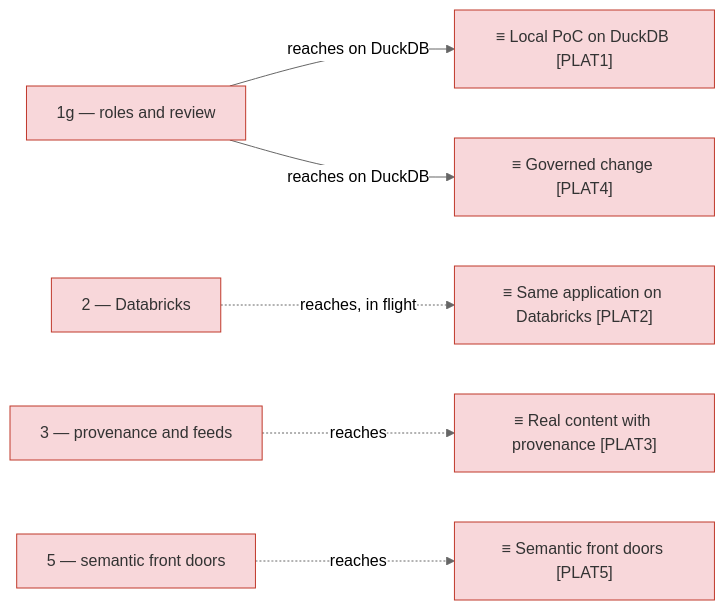
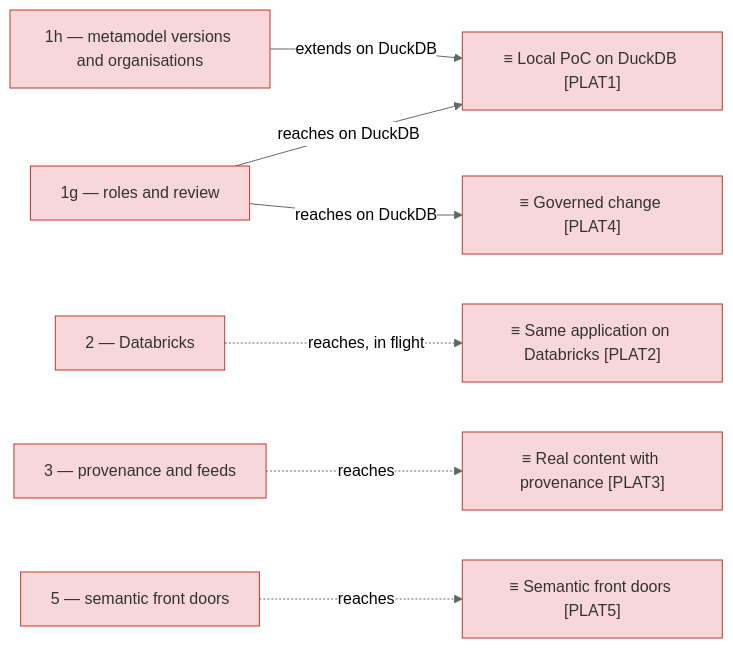
One commit to roanboc/dbx-enterprise-architecture changed the third of 3 diagrams in architecture/6_transition/2_sequence.md. Above: the diagram before and after it, drawn with Mermaid (neutral theme). The commit also changed other lines of this file and 91 other files, not shown here.

First line of the commit message:
feat: metamodel versions and organisations (initiative 15)

````diff
--- a/architecture/6_transition/2_sequence.md
+++ b/architecture/6_transition/2_sequence.md
@@ -50,19 +51,21 @@
 ```mermaid
 flowchart LR
   s1g["1g — roles and review"]:::implementation
+  s1h["1h — metamodel versions and organisations"]:::implementation
   s2["2 — Databricks"]:::implementation
   s3["3 — provenance and feeds"]:::implementation
   s5["5 — semantic front doors"]:::implementation
   p1["≡ Local PoC on DuckDB [PLAT1]"]:::implementation
   p2["≡ Same application on Databricks [PLAT2]"]:::implementation
   p3["≡ Real content with provenance [PLAT3]"]:::implementation
   p4["≡ Governed change [PLAT4]"]:::implementation
   p5["≡ Semantic front doors [PLAT5]"]:::implementation
   s1g -->|reaches on DuckDB| p1
   s1g -->|reaches on DuckDB| p4
+  s1h -->|extends on DuckDB| p1
   s2 -.->|reaches, in flight| p2
   s3 -.->|reaches| p3
   s5 -.->|reaches| p5
 
   classDef implementation fill:#f8d7da,stroke:#c0392b,color:#333
 ```
````
